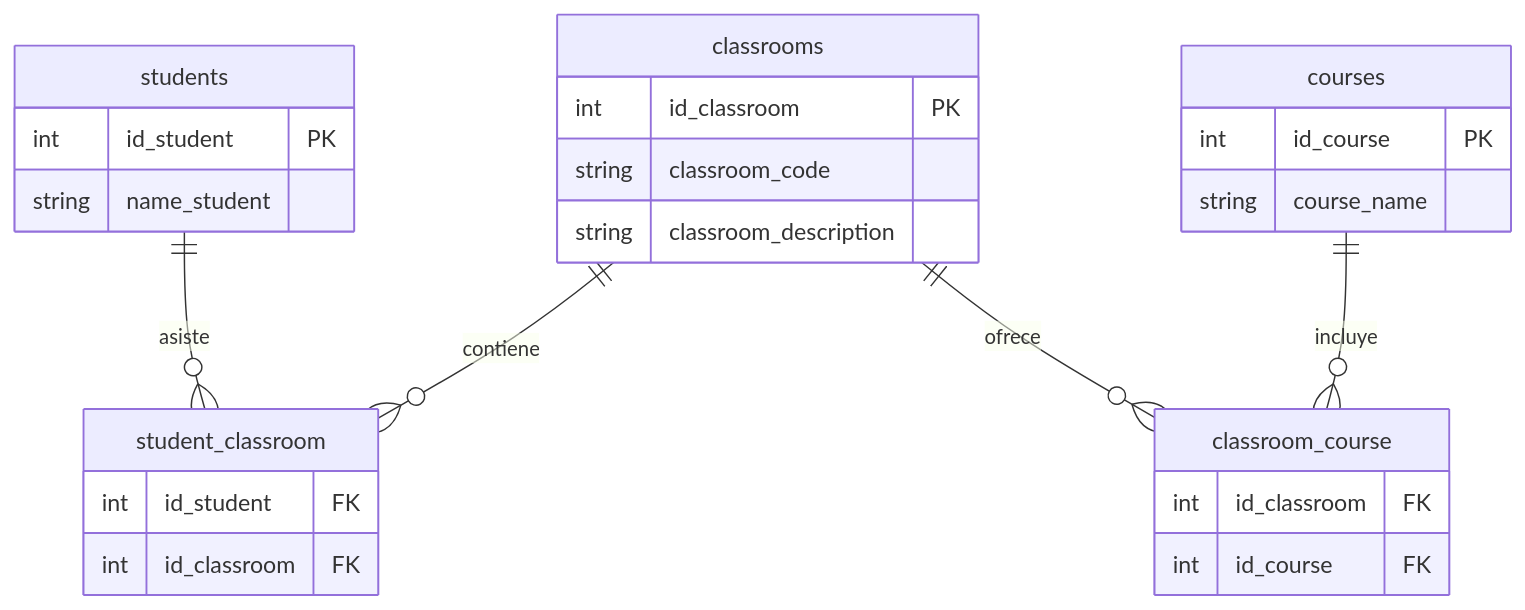
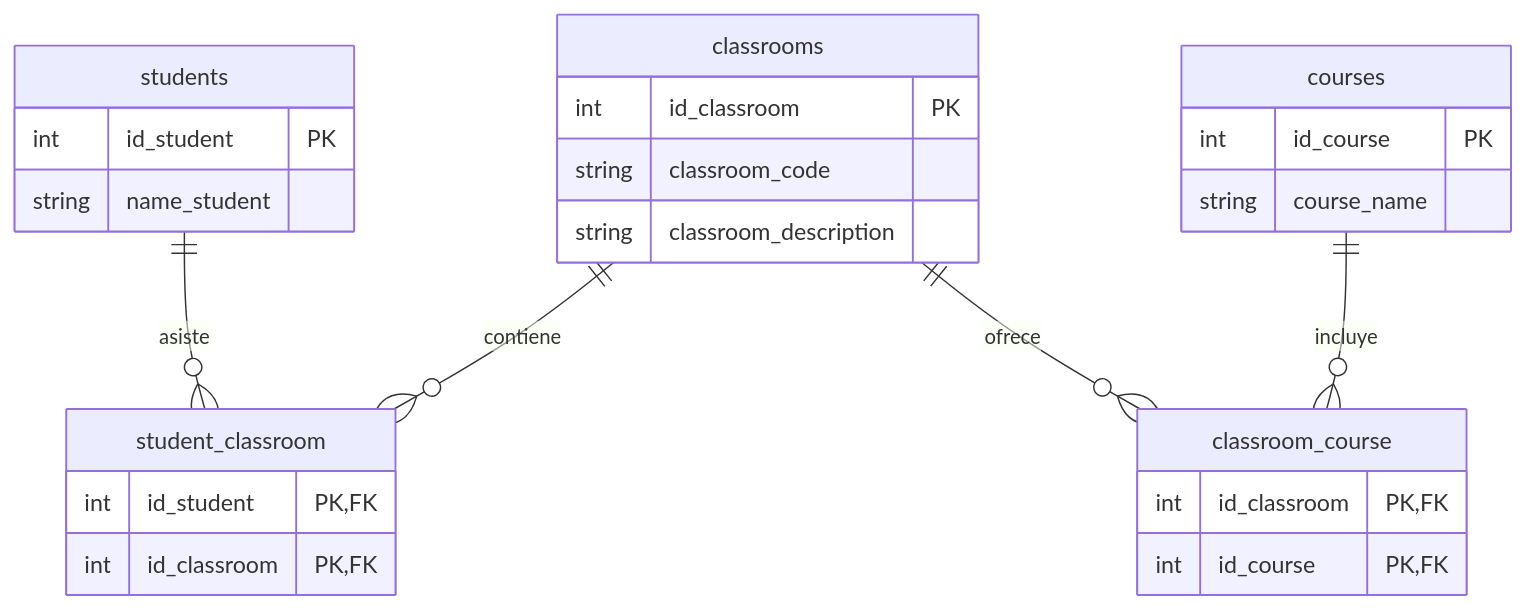
The diagram in README.md (miguelbac/Ejercicio---Normalizaci-n-de-Bases-de-Datos), drawn with Mermaid before and after one commit. The commit also changed other lines of this file, not shown here.

````diff
--- a/README.md
+++ b/README.md
@@ -13,33 +13,34 @@
 ```mermaid
 erDiagram
     students {
         int id_student PK
         string name_student
     }
 
     courses {
         int id_course PK
         string course_name
     }
 
     classrooms {
         int id_classroom PK
         string classroom_code
         string classroom_description
     }
 
     student_classroom {
-        int id_student FK
-        int id_classroom FK
+        int id_student PK, FK
+        int id_classroom PK, FK
     }
 
     classroom_course {
-        int id_classroom FK
-        int id_course FK
+        int id_classroom PK, FK
+        int id_course PK, FK
     }
 
     students ||--o{ student_classroom : "asiste"
     classrooms ||--o{ student_classroom : "contiene"
     classrooms ||--o{ classroom_course : "ofrece"
     courses ||--o{ classroom_course : "incluye"
+
 ```
````
